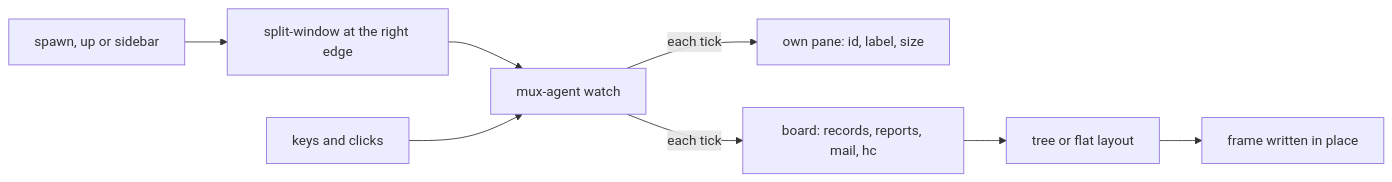
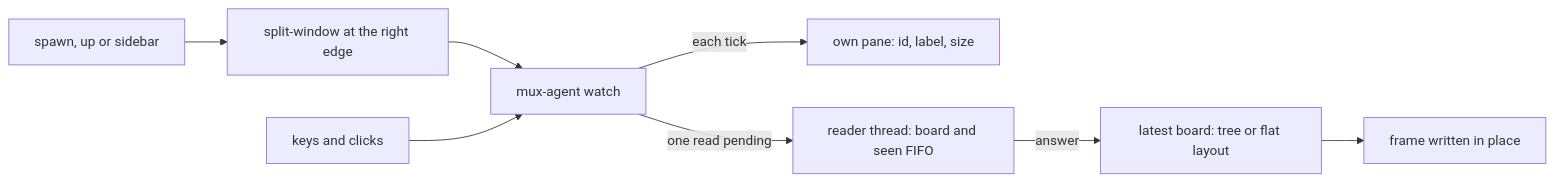
The diagram in wiki/Side-Bar-zh-CN.md (D0n9X1n/mux-agents), drawn with Mermaid before and after one commit. The commit also changed other lines of this file and 1 other file, not shown here.

First line of the commit message:
wiki: explain background board reads and seen overlays

````diff
--- a/wiki/Side-Bar-zh-CN.md
+++ b/wiki/Side-Bar-zh-CN.md
@@ -142,10 +142,10 @@
 ```mermaid
 flowchart LR
   open["spawn, up or sidebar"] --> split["split-window at the right edge"]
   split --> watch["mux-agent watch"]
   watch -- "each tick" --> probe["own pane: id, label, size"]
-  watch -- "each tick" --> board["board: records, reports, mail, hc"]
-  board --> lay["tree or flat layout"]
+  watch -- "one read pending" --> reader["reader thread: board and seen FIFO"]
+  reader -- "answer" --> lay["latest board: tree or flat layout"]
   lay --> frame["frame written in place"]
   keys["keys and clicks"] --> watch
 ```
````
